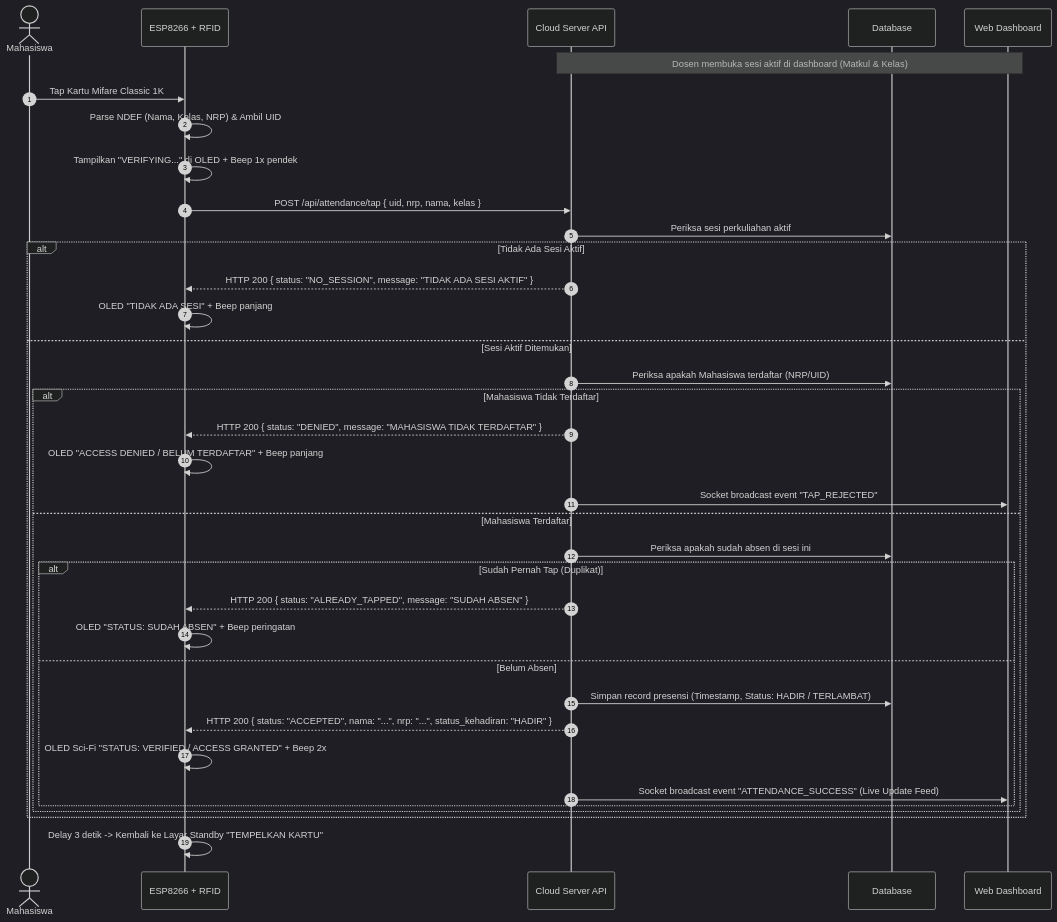
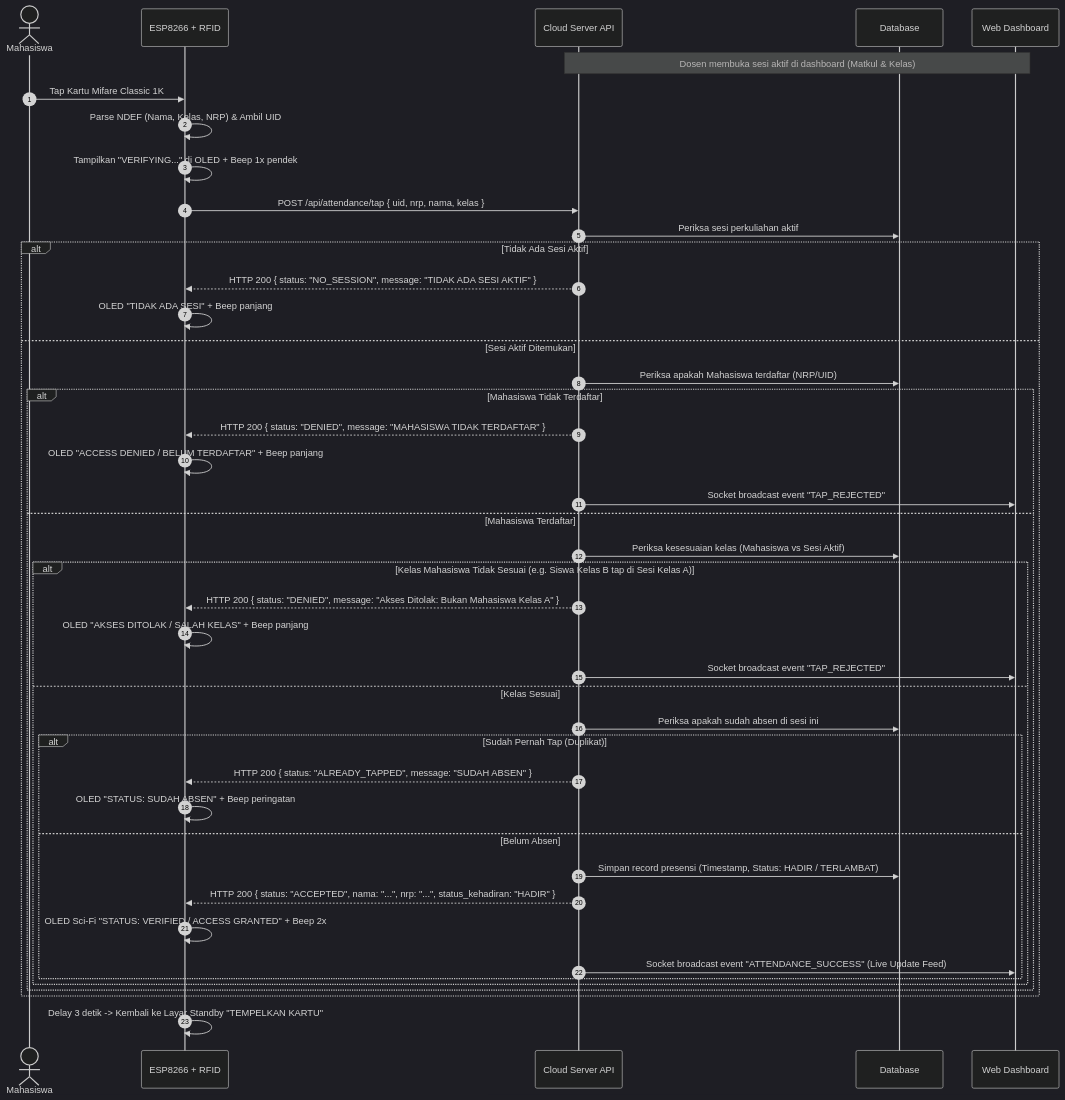
The second of 3 diagrams in Spesifikasi Arsitektur Sistem IoT Absen.md (Rzainurtanto/Si-Hadir), drawn with Mermaid (dark theme) before and after one commit. The commit also changed other lines of this file and 2 other files, not shown here.

Commit message:
feat : tambah keamanan kelas tidak sesuai

````diff
--- a/Spesifikasi Arsitektur Sistem IoT Absen.md
+++ b/Spesifikasi Arsitektur Sistem IoT Absen.md
@@ -44,40 +44,47 @@
 ```mermaid
 sequenceDiagram
     autonumber
     actor M as Mahasiswa
     participant H as ESP8266 + RFID
     participant S as Cloud Server API
     participant D as Database
     participant W as Web Dashboard
 
     Note over W, S: Dosen membuka sesi aktif di dashboard (Matkul & Kelas)
     M->>H: Tap Kartu Mifare Classic 1K
     H->>H: Parse NDEF (Nama, Kelas, NRP) & Ambil UID
     H->>H: Tampilkan "VERIFYING..." di OLED + Beep 1x pendek
     H->>S: POST /api/attendance/tap { uid, nrp, nama, kelas }
     
     S->>D: Periksa sesi perkuliahan aktif
     alt Tidak Ada Sesi Aktif
         S-->>H: HTTP 200 { status: "NO_SESSION", message: "TIDAK ADA SESI AKTIF" }
         H->>H: OLED "TIDAK ADA SESI" + Beep panjang
     else Sesi Aktif Ditemukan
         S->>D: Periksa apakah Mahasiswa terdaftar (NRP/UID)
         alt Mahasiswa Tidak Terdaftar
             S-->>H: HTTP 200 { status: "DENIED", message: "MAHASISWA TIDAK TERDAFTAR" }
             H->>H: OLED "ACCESS DENIED / BELUM TERDAFTAR" + Beep panjang
             S->>W: Socket broadcast event "TAP_REJECTED"
         else Mahasiswa Terdaftar
-            S->>D: Periksa apakah sudah absen di sesi ini
-            alt Sudah Pernah Tap (Duplikat)
-                S-->>H: HTTP 200 { status: "ALREADY_TAPPED", message: "SUDAH ABSEN" }
-                H->>H: OLED "STATUS: SUDAH ABSEN" + Beep peringatan
-            else Belum Absen
-                S->>D: Simpan record presensi (Timestamp, Status: HADIR / TERLAMBAT)
-                S-->>H: HTTP 200 { status: "ACCEPTED", nama: "...", nrp: "...", status_kehadiran: "HADIR" }
-                H->>H: OLED Sci-Fi "STATUS: VERIFIED / ACCESS GRANTED" + Beep 2x
-                S->>W: Socket broadcast event "ATTENDANCE_SUCCESS" (Live Update Feed)
+            S->>D: Periksa kesesuaian kelas (Mahasiswa vs Sesi Aktif)
+            alt Kelas Mahasiswa Tidak Sesuai (e.g. Siswa Kelas B tap di Sesi Kelas A)
+                S-->>H: HTTP 200 { status: "DENIED", message: "Akses Ditolak: Bukan Mahasiswa Kelas A" }
+                H->>H: OLED "AKSES DITOLAK / SALAH KELAS" + Beep panjang
+                S->>W: Socket broadcast event "TAP_REJECTED"
+            else Kelas Sesuai
+                S->>D: Periksa apakah sudah absen di sesi ini
+                alt Sudah Pernah Tap (Duplikat)
+                    S-->>H: HTTP 200 { status: "ALREADY_TAPPED", message: "SUDAH ABSEN" }
+                    H->>H: OLED "STATUS: SUDAH ABSEN" + Beep peringatan
+                else Belum Absen
+                    S->>D: Simpan record presensi (Timestamp, Status: HADIR / TERLAMBAT)
+                    S-->>H: HTTP 200 { status: "ACCEPTED", nama: "...", nrp: "...", status_kehadiran: "HADIR" }
+                    H->>H: OLED Sci-Fi "STATUS: VERIFIED / ACCESS GRANTED" + Beep 2x
+                    S->>W: Socket broadcast event "ATTENDANCE_SUCCESS" (Live Update Feed)
+                end
             end
         end
     end
     H->>H: Delay 3 detik -> Kembali ke Layar Standby "TEMPELKAN KARTU"
 ```
````
